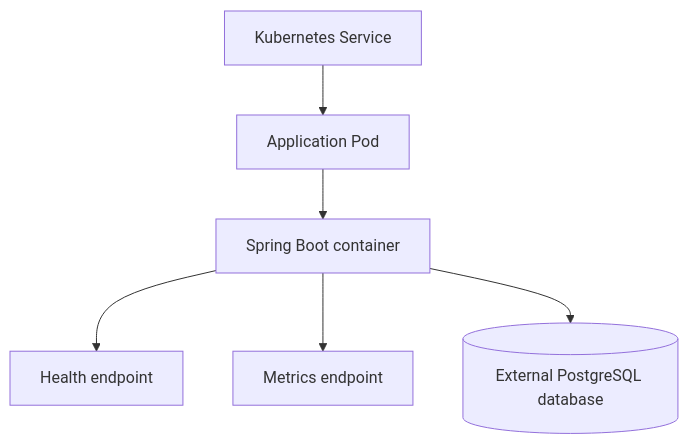
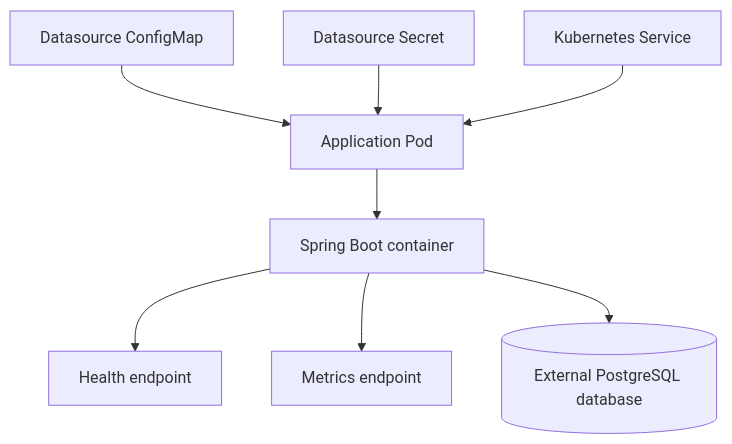
One commit to istvandezsi/java-cloud-platform-lab changed the third of 4 diagrams in docs/architecture.md. Above: the diagram before and after it, drawn with Mermaid. The commit also changed other lines of this file and 5 other files, not shown here.

Commit message:
Add Kubernetes datasource configuration

````diff
--- a/docs/architecture.md
+++ b/docs/architecture.md
@@ -74,8 +74,10 @@
 ```mermaid
 flowchart TD
-    Service[Kubernetes Service] --> Pod[Application Pod]
+    ConfigMap[Datasource ConfigMap] --> Pod[Application Pod]
+    Secret[Datasource Secret] --> Pod
+    Service[Kubernetes Service] --> Pod
     Pod --> Container[Spring Boot container]
     Container --> Health[Health endpoint]
     Container --> Metrics[Metrics endpoint]
     Container --> ExternalDatabase[(External PostgreSQL database)]
 ```
````
